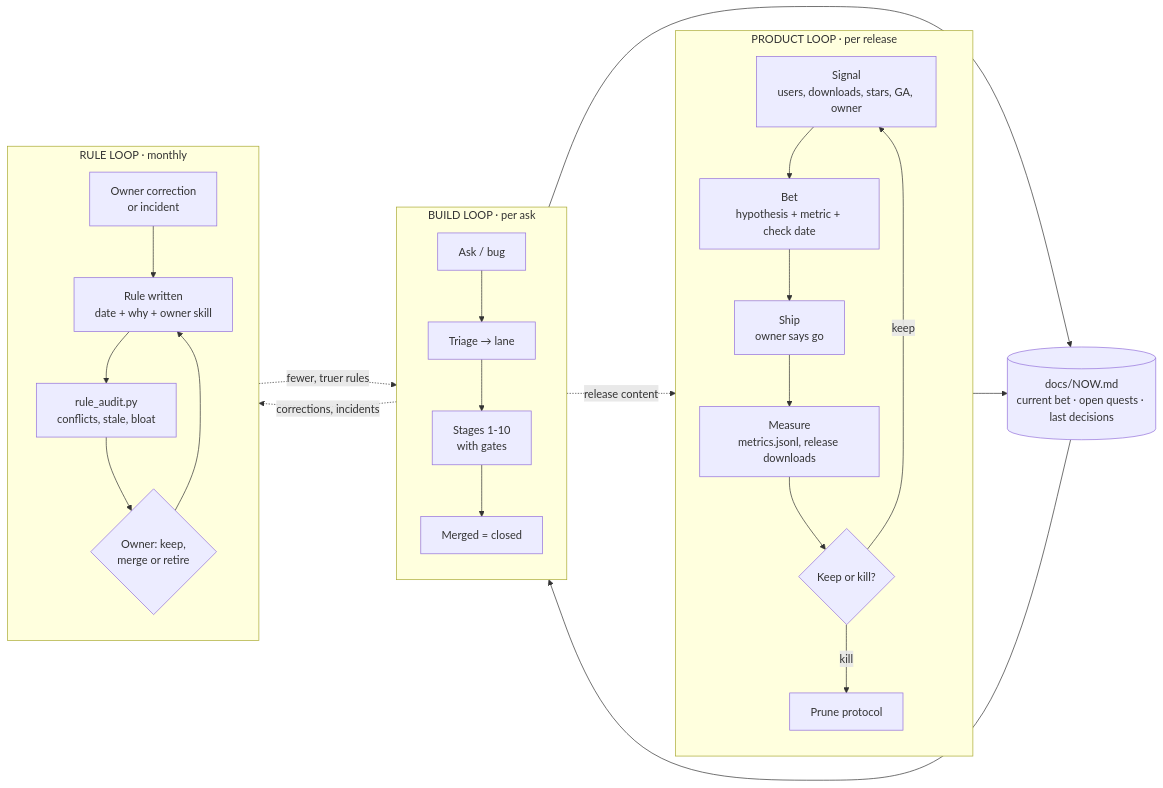
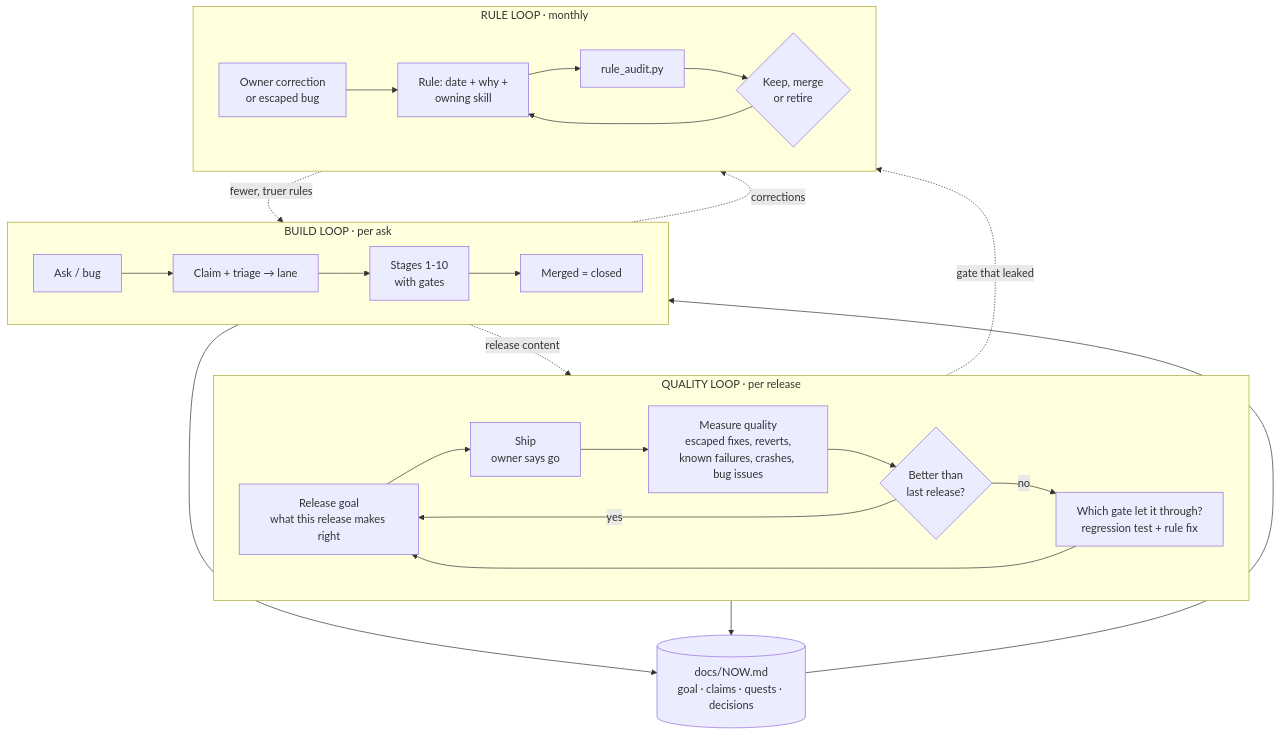
Before and after one commit to MechanicalBoy/Infinite: the first of 6 diagrams in .claude/skills/infinite-lifecycle/SKILL.md, drawn with Mermaid. The commit also changed other lines of this file and 1 other file, not shown here.

First line of the commit message:
Lifecycle: quality loop replaces the downloads bet; claims, absent-owner protocol, non-code lanes

````diff
--- a/.claude/skills/infinite-lifecycle/SKILL.md
+++ b/.claude/skills/infinite-lifecycle/SKILL.md
@@ -25,32 +28,33 @@
 ```mermaid
-flowchart LR
-    NOW[("docs/NOW.md<br/>current bet · open quests · last decisions")]
+flowchart TB
+    NOW[("docs/NOW.md<br/>goal · claims · quests · decisions")]
 
-    subgraph PRODUCT["PRODUCT LOOP · per release"]
-        direction TB
-        P1["Signal<br/>users, downloads, stars, GA, owner"] --> P2["Bet<br/>hypothesis + metric + check date"]
-        P2 --> P3["Ship<br/>owner says go"] --> P4["Measure<br/>metrics.jsonl, release downloads"]
-        P4 --> P5{"Keep or kill?"}
-        P5 -- keep --> P1
-        P5 -- kill --> PR["Prune protocol"]
+    subgraph QUALITY["QUALITY LOOP · per release"]
+        direction LR
+        Q1["Release goal<br/>what this release makes right"] --> Q2["Ship<br/>owner says go"]
+        Q2 --> Q3["Measure quality<br/>escaped fixes, reverts,<br/>known failures, crashes, bug issues"]
+        Q3 --> Q4{"Better than<br/>last release?"}
+        Q4 -- yes --> Q1
+        Q4 -- no --> Q5["Which gate let it through?<br/>regression test + rule fix"] --> Q1
     end
 
     subgraph BUILD["BUILD LOOP · per ask"]
-        direction TB
-        B1["Ask / bug"] --> B2["Triage → lane"] --> B3["Stages 1-10<br/>with gates"] --> B4["Merged = closed"]
+        direction LR
+        B1["Ask / bug"] --> B2["Claim + triage → lane"] --> B3["Stages 1-10<br/>with gates"] --> B4["Merged = closed"]
     end
 
     subgraph RULE["RULE LOOP · monthly"]
-        direction TB
-        R1["Owner correction<br/>or incident"] --> R2["Rule written<br/>date + why + owner skill"]
-        R2 --> R3["rule_audit.py<br/>conflicts, stale, bloat"] --> R4{"Owner: keep,<br/>merge or retire"}
+        direction LR
+        R1["Owner correction<br/>or escaped bug"] --> R2["Rule: date + why +<br/>owning skill"]
+        R2 --> R3["rule_audit.py"] --> R4{"Keep, merge<br/>or retire"}
         R4 --> R2
     end
 
     NOW --> B1
-    P2 --> NOW
+    Q1 --> NOW
     B4 --> NOW
-    B4 -. "release content" .-> P3
-    B3 -. "corrections, incidents" .-> R1
+    B4 -. "release content" .-> Q2
+    Q5 -. "gate that leaked" .-> R1
+    B3 -. "corrections" .-> R1
     R4 -. "fewer, truer rules" .-> B2
 ```
````
